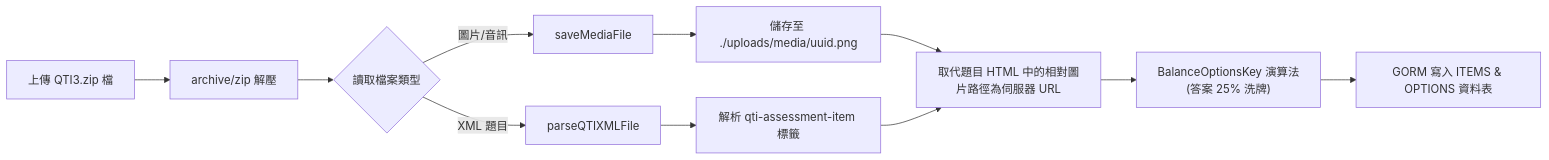
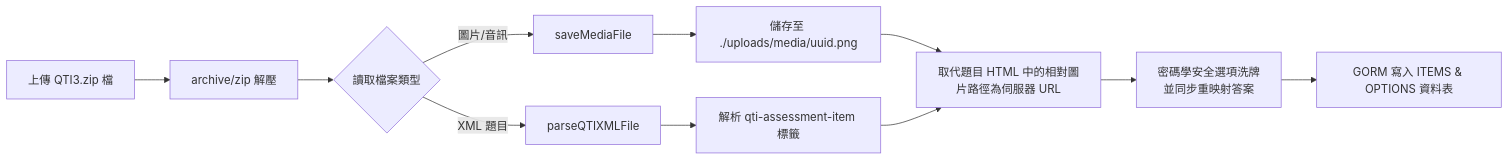
The seventh of 8 diagrams in README.md (allen19970828/tao-core-go), drawn with Mermaid before and after one commit. The commit also changed other lines of this file and 48 other files, not shown here.

````diff
--- a/README.md
+++ b/README.md
@@ -517,13 +537,13 @@
 ```mermaid
 flowchart LR
     A[上傳 QTI3.zip 檔] --> B[archive/zip 解壓]
     B --> C{讀取檔案類型}
     C -->|XML 題目| D[parseQTIXMLFile]
     C -->|圖片/音訊| E[saveMediaFile]
     E --> F[儲存至 ./uploads/media/uuid.png]
     D --> G[解析 qti-assessment-item 標籤]
     F --> H[取代題目 HTML 中的相對圖片路徑為伺服器 URL]
     G --> H
-    H --> I["BalanceOptionsKey 演算法<br/>(答案 25% 洗牌)"]
+    H --> I["密碼學安全選項洗牌<br/>並同步重映射答案"]
     I --> J[GORM 寫入 ITEMS & OPTIONS 資料表]
 ```
````
